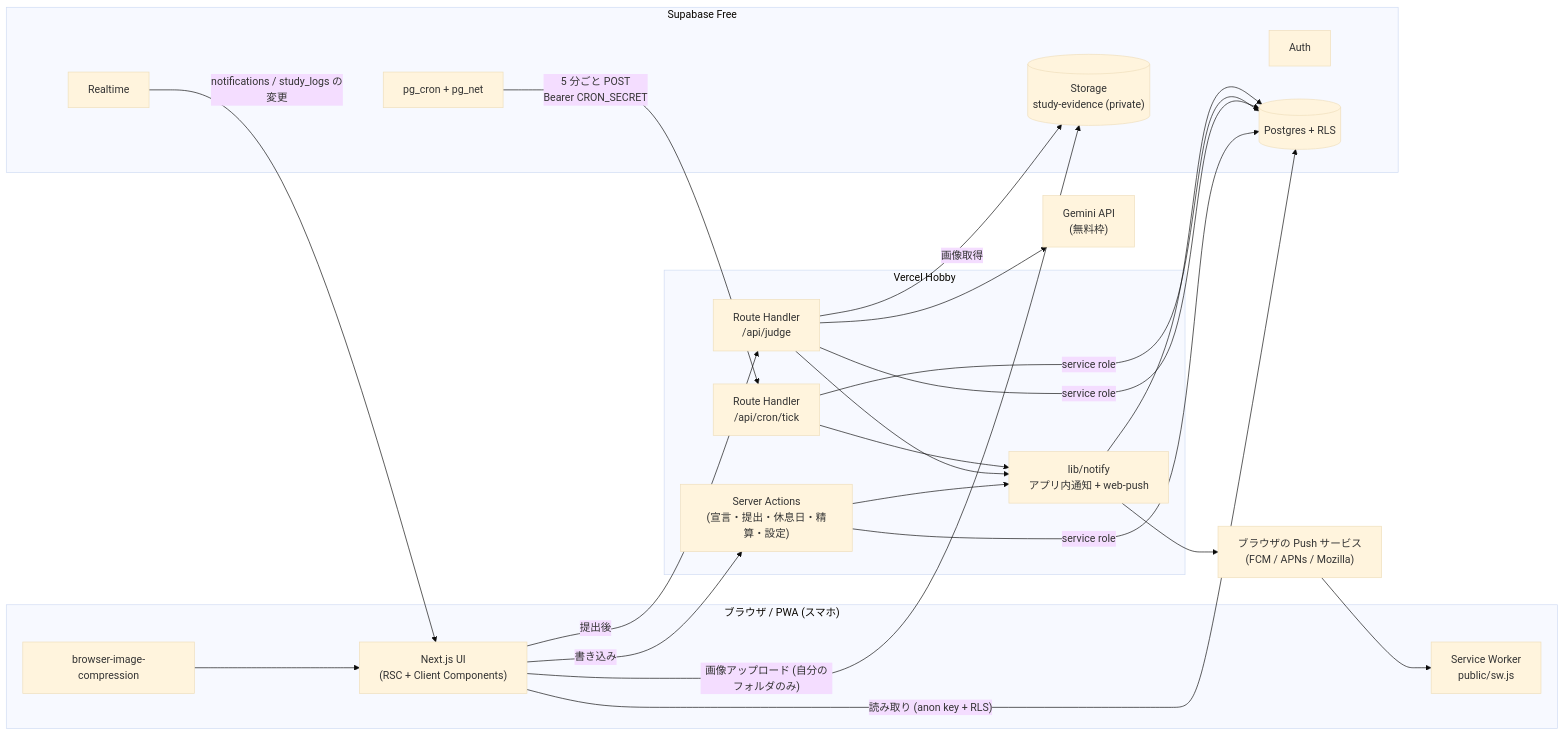
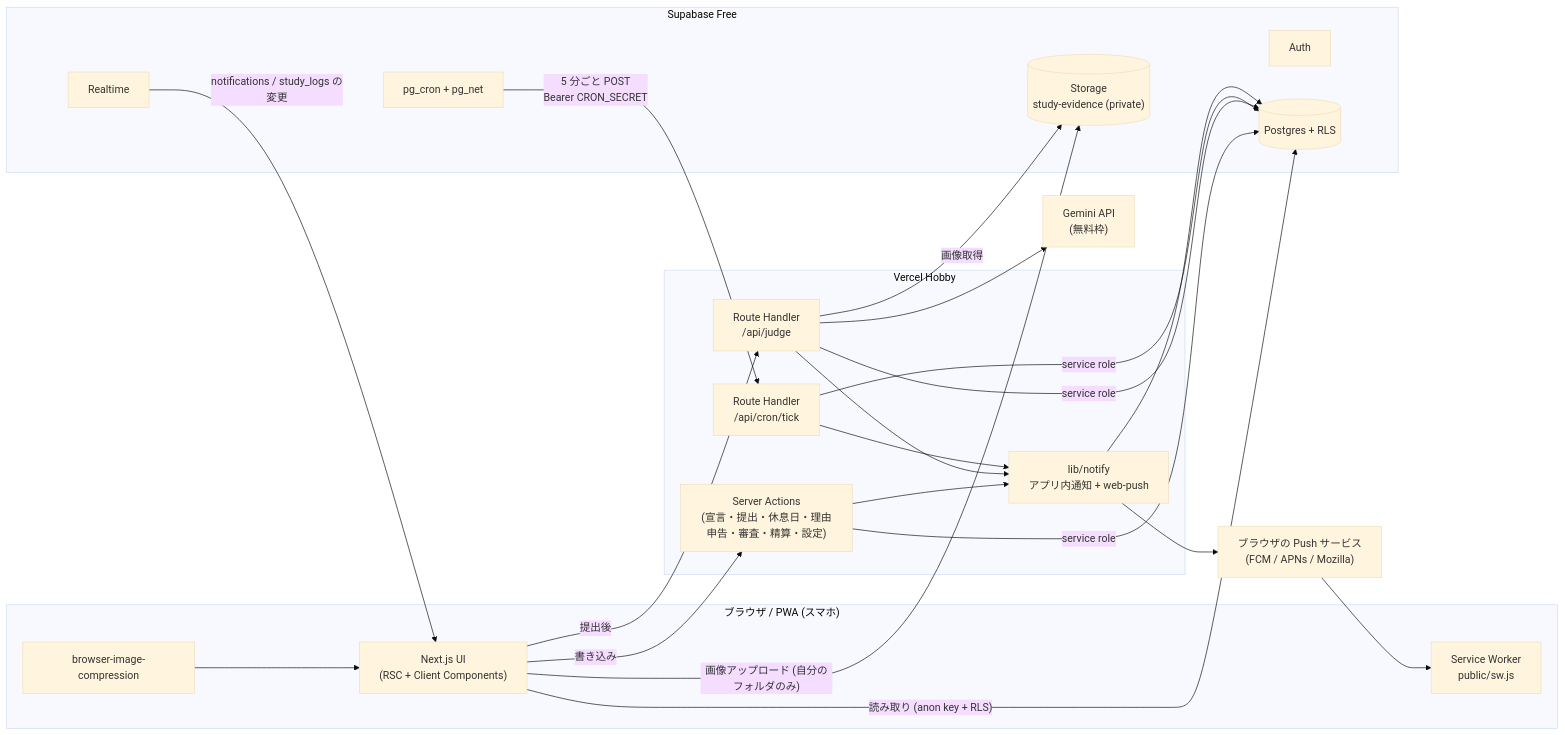
One commit to ashilal1/force-study-app changed the first of 5 diagrams in docs/architecture.md. Above: the diagram before and after it, drawn with Mermaid (base theme). The commit also changed other lines of this file and 6 other files, not shown here.

````diff
--- a/docs/architecture.md
+++ b/docs/architecture.md
@@ -7,40 +7,40 @@
 ```mermaid
 flowchart LR
     subgraph Client["ブラウザ / PWA (スマホ)"]
         UI["Next.js UI<br/>(RSC + Client Components)"]
         SW["Service Worker<br/>public/sw.js"]
         CMP["browser-image-compression"]
     end
 
     subgraph Vercel["Vercel Hobby"]
-        SA["Server Actions<br/>(宣言・提出・休息日・精算・設定)"]
+        SA["Server Actions<br/>(宣言・提出・休息日・理由申告・審査・精算・設定)"]
         JUDGE["Route Handler<br/>/api/judge"]
         TICK["Route Handler<br/>/api/cron/tick"]
         NOTIFY["lib/notify<br/>アプリ内通知 + web-push"]
     end
 
     subgraph Supabase["Supabase Free"]
         AUTH["Auth"]
         DB[("Postgres + RLS")]
         ST[("Storage<br/>study-evidence (private)")]
         RT["Realtime"]
         CRON["pg_cron + pg_net"]
     end
 
     GEM["Gemini API<br/>(無料枠)"]
     PUSH["ブラウザの Push サービス<br/>(FCM / APNs / Mozilla)"]
 
     UI -- "読み取り (anon key + RLS)" --> DB
     UI -- "画像アップロード (自分のフォルダのみ)" --> ST
     CMP --> UI
     UI -- "書き込み" --> SA
     UI -- "提出後" --> JUDGE
     RT -- "notifications / study_logs の変更" --> UI
     SA & JUDGE & TICK -- "service role" --> DB
     JUDGE -- "画像取得" --> ST
     JUDGE --> GEM
     SA & JUDGE & TICK --> NOTIFY
     NOTIFY --> DB
     NOTIFY --> PUSH --> SW
     CRON -- "5 分ごと POST<br/>Bearer CRON_SECRET" --> TICK
 ```
````
